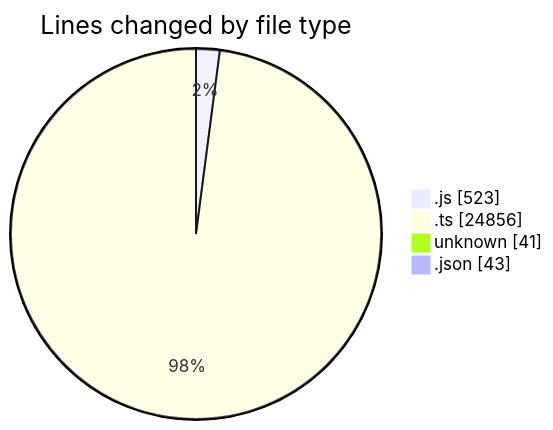
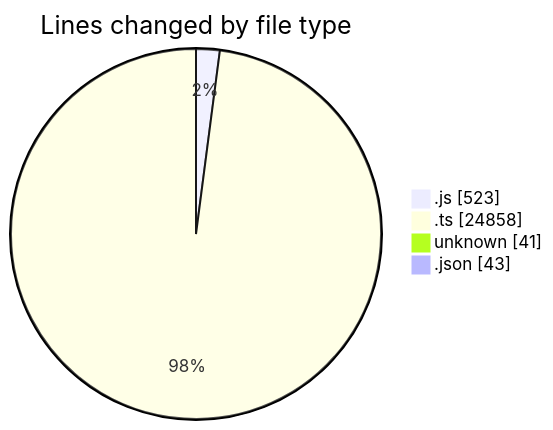
Before and after one commit to momahboobian/code-tracking: the first of 2 diagrams in 2025-08-15/cda/README.md, drawn with Mermaid. The commit also changed other lines of this file and 1 other file, not shown here.

````diff
--- a/2025-08-15/cda/README.md
+++ b/2025-08-15/cda/README.md
@@ -31,8 +31,8 @@
 ```mermaid
 pie showData
 title Lines changed by file type
 ".js" : 523
-".ts" : 24856
+".ts" : 24858
 "unknown" : 41
 ".json" : 43
 ```
````
